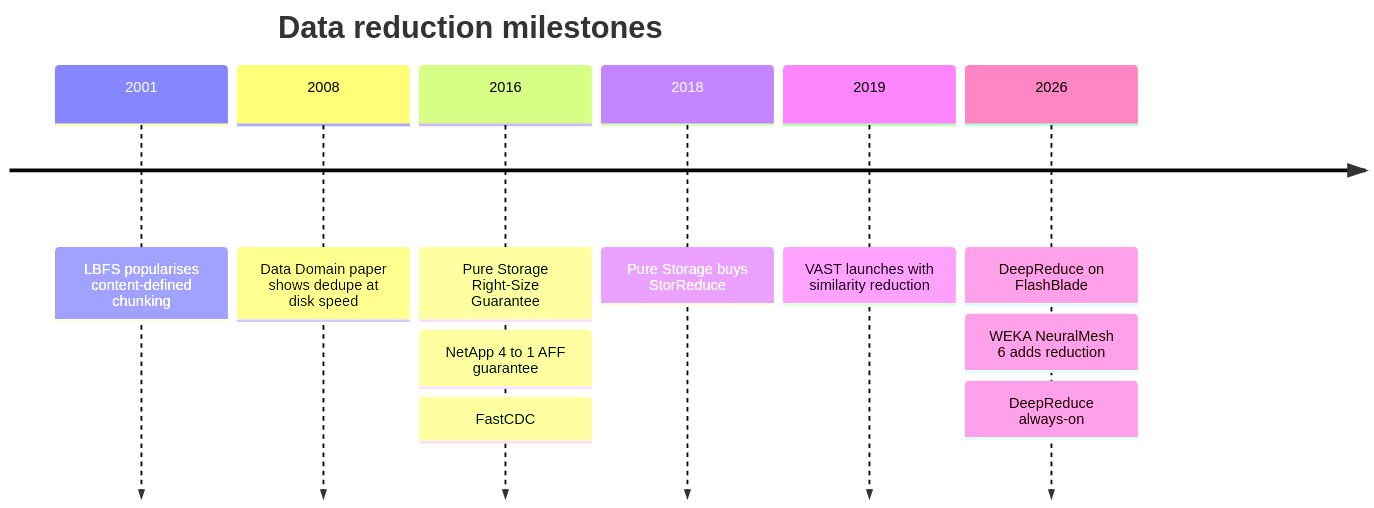
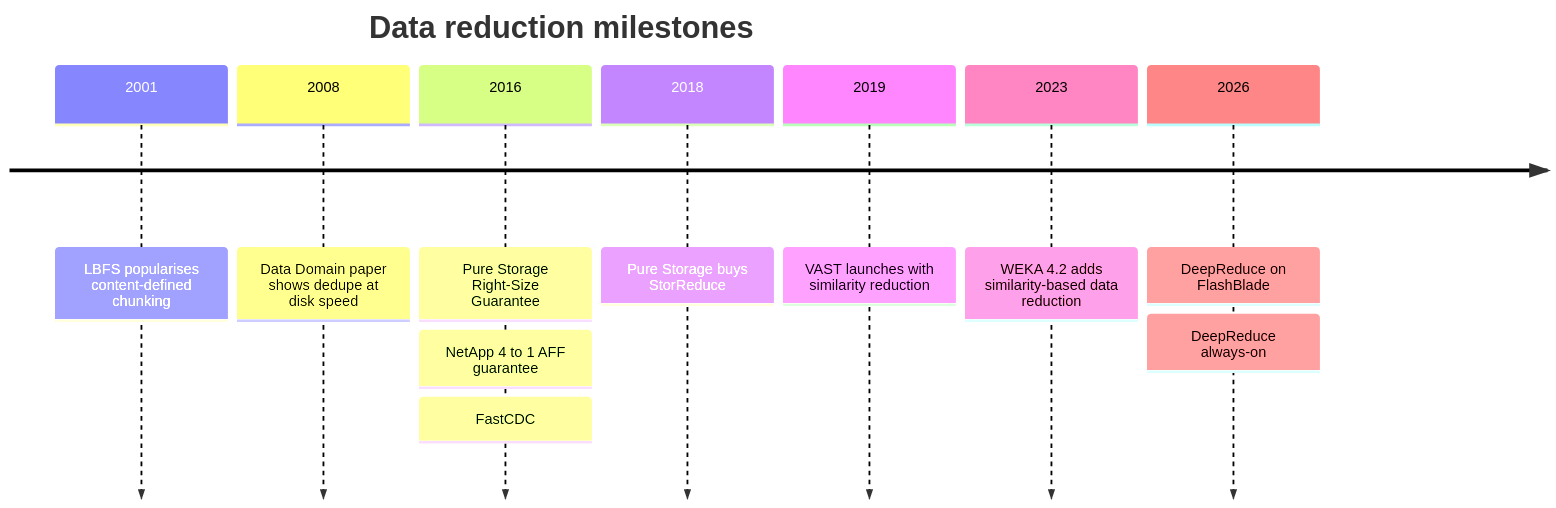
Before and after one commit to FrankHuang94/storage-_db_claude: the fifth of 5 diagrams in docs/01-storage-fundamentals/05-data-reduction.md, drawn with Mermaid. The commit also changed other lines of this file and 13 other files, not shown here.

````diff
--- a/docs/01-storage-fundamentals/05-data-reduction.md
+++ b/docs/01-storage-fundamentals/05-data-reduction.md
@@ -200,10 +201,11 @@
 ```mermaid
 timeline
     title Data reduction milestones
     2001 : LBFS popularises content-defined chunking
     2008 : Data Domain paper shows dedupe at disk speed
     2016 : Pure Storage Right-Size Guarantee : NetApp 4 to 1 AFF guarantee : FastCDC
     2018 : Pure Storage buys StorReduce
     2019 : VAST launches with similarity reduction
-    2026 : DeepReduce on FlashBlade : WEKA NeuralMesh 6 adds reduction : DeepReduce always-on
+    2023 : WEKA 4.2 adds similarity-based data reduction
+    2026 : DeepReduce on FlashBlade : DeepReduce always-on
 ```
````
